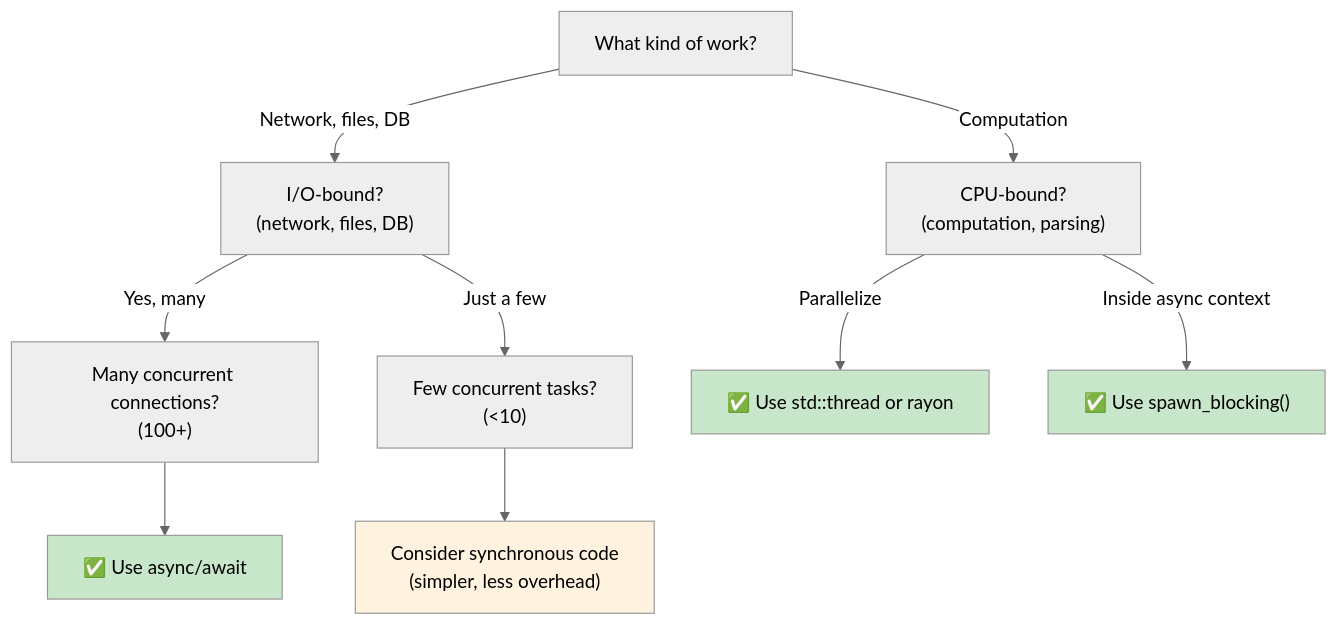
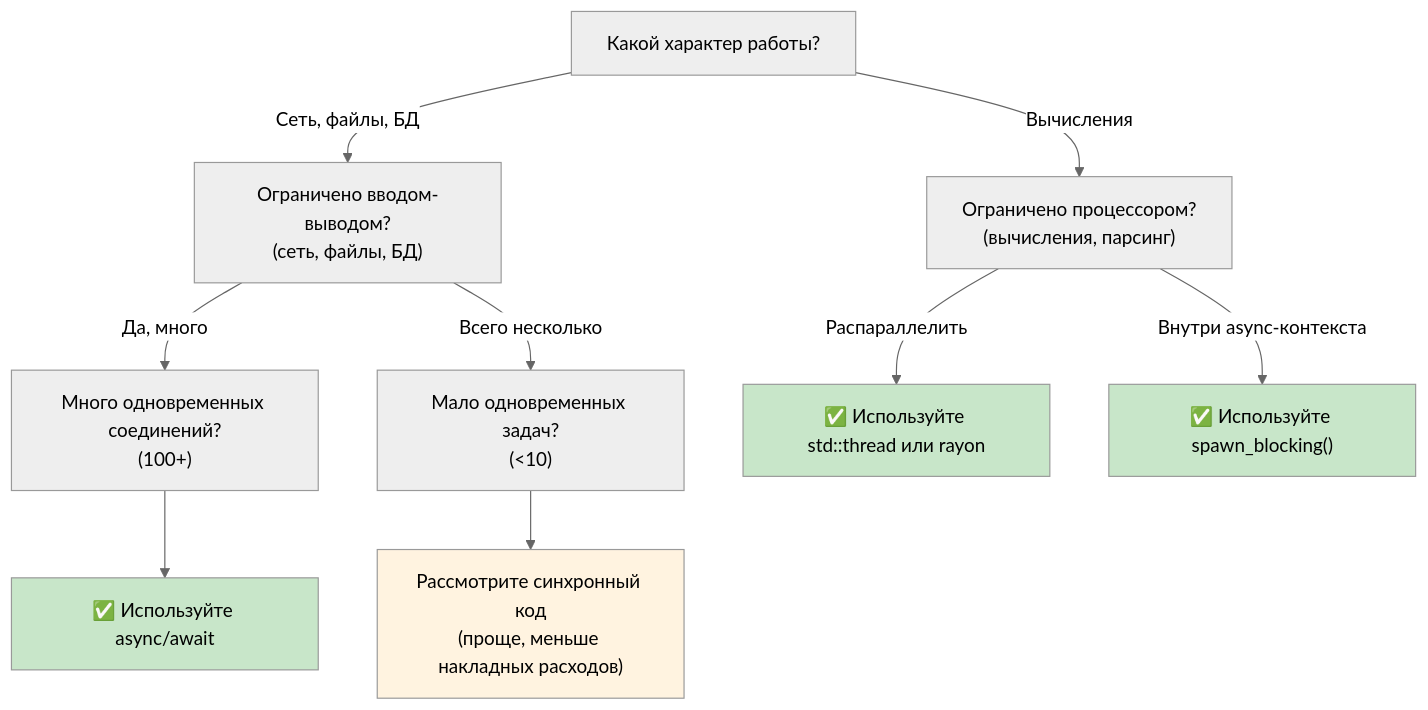
Before and after one commit to r007/RustTraining-Rus: the second of 2 diagrams in async-book/src/ch01-why-async-is-different-in-rust.md, drawn with Mermaid (neutral theme). The commit also changed other lines of this file and 10 other files, not shown here.

````diff
--- a/async-book/src/ch01-why-async-is-different-in-rust.md
+++ b/async-book/src/ch01-why-async-is-different-in-rust.md
@@ -95,28 +95,28 @@
 ```mermaid
 graph TD
-    START["What kind of work?"]
+    START["Какой характер работы?"]
 
-    IO["I/O-bound?<br/>(network, files, DB)"]
-    CPU["CPU-bound?<br/>(computation, parsing)"]
-    MANY["Many concurrent connections?<br/>(100+)"]
-    FEW["Few concurrent tasks?<br/>(<10)"]
+    IO["Ограничено вводом-выводом?<br/>(сеть, файлы, БД)"]
+    CPU["Ограничено процессором?<br/>(вычисления, парсинг)"]
+    MANY["Много одновременных соединений?<br/>(100+)"]
+    FEW["Мало одновременных задач?<br/>(<10)"]
 
-    USE_ASYNC["✅ Use async/await"]
-    USE_THREADS["✅ Use std::thread or rayon"]
-    USE_SPAWN_BLOCKING["✅ Use spawn_blocking()"]
-    MAYBE_SYNC["Consider synchronous code<br/>(simpler, less overhead)"]
+    USE_ASYNC["✅ Используйте async/await"]
+    USE_THREADS["✅ Используйте std::thread или rayon"]
+    USE_SPAWN_BLOCKING["✅ Используйте spawn_blocking()"]
+    MAYBE_SYNC["Рассмотрите синхронный код<br/>(проще, меньше накладных расходов)"]
 
-    START -->|Network, files, DB| IO
-    START -->|Computation| CPU
-    IO -->|Yes, many| MANY
-    IO -->|Just a few| FEW
+    START -->|Сеть, файлы, БД| IO
+    START -->|Вычисления| CPU
+    IO -->|Да, много| MANY
+    IO -->|Всего несколько| FEW
     MANY --> USE_ASYNC
     FEW --> MAYBE_SYNC
-    CPU -->|Parallelize| USE_THREADS
-    CPU -->|Inside async context| USE_SPAWN_BLOCKING
+    CPU -->|Распараллелить| USE_THREADS
+    CPU -->|Внутри async-контекста| USE_SPAWN_BLOCKING
 
     style USE_ASYNC fill:#c8e6c9,color:#000
     style USE_THREADS fill:#c8e6c9,color:#000
     style USE_SPAWN_BLOCKING fill:#c8e6c9,color:#000
     style MAYBE_SYNC fill:#fff3e0,color:#000
 ```
````
